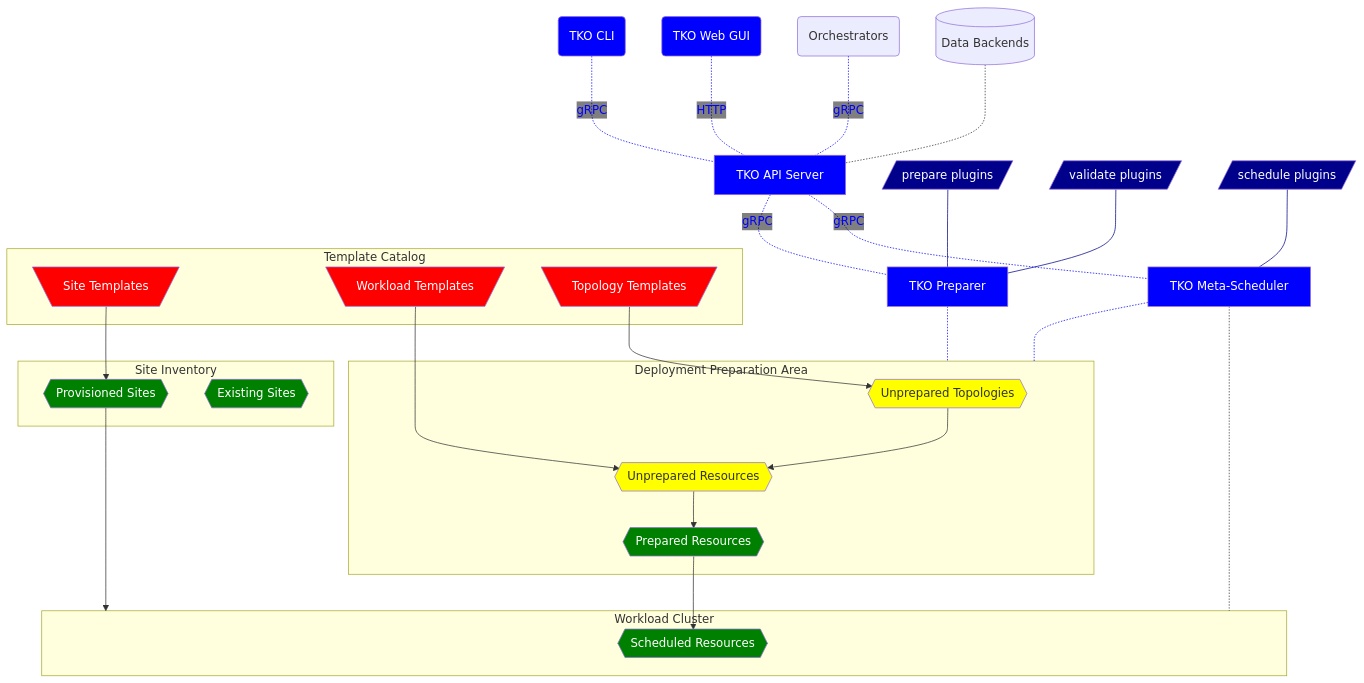
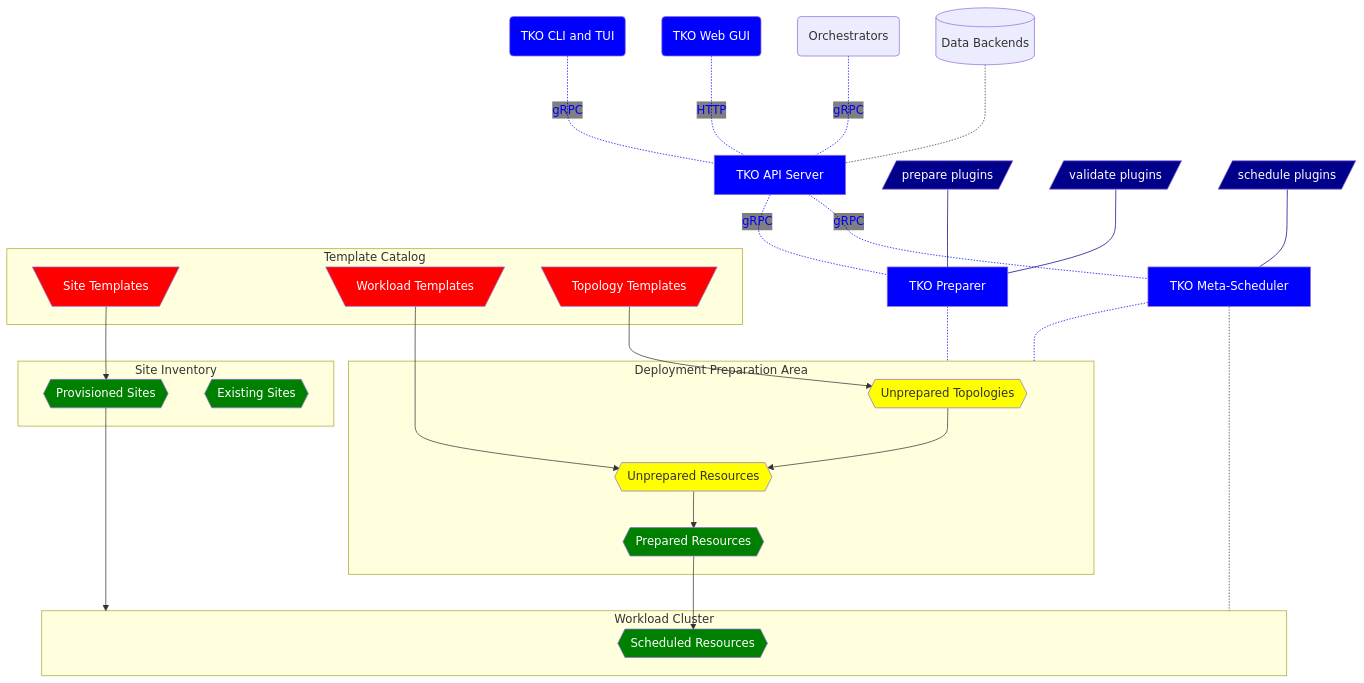
The diagram in README.md (nephio-experimental/tko), drawn with Mermaid before and after one commit. The commit also changed other lines of this file and 25 other files, not shown here.

````diff
--- a/README.md
+++ b/README.md
@@ -49,78 +80,78 @@
 ```mermaid
 %%{init: {'themeVariables': { 'edgeLabelBackground': 'transparent'}}}%%
 flowchart TD
     D[(Data Backends)]
 
-    C(TKO CLI)
+    C(TKO CLI and TUI)
     W(TKO Web GUI)
     O(Orchestrators)
 
     A[TKO API Server]
     P[TKO Preparer]
     M[TKO Meta-Scheduler]
 
     PP[/prepare plugins/]
     VP[/validate plugins/]
     SP[/schedule plugins/]
 
     C-. gRPC ..-A
     W-. HTTP ..-A
     O-. gRPC ..-A
     A-. gRPC .- P
     A-. gRPC .-M
 
     D-..-A
 
     PP---P
     VP---P
     SP---M
 
     P-.-DPA
     M-.-DPA
     M-.-WC
 
     subgraph TC [Template Catalog]
         ST[\Site Templates/]
         WT[\Workload Templates/]
         TT[\Topology Templates/]
     end
 
     subgraph SI [Site Inventory]
         PS{{Provisioned Sites}}
         ES{{Existing Sites}}
     end
 
     subgraph DPA [Deployment Preparation Area]
         UT{{Unprepared Topologies}}
         UR{{Unprepared Resources}}
         PR{{Prepared Resources}}
     end
 
     subgraph WC [Workload Cluster]
         SR{{Scheduled Resources}}
     end
 
     TT-->UT-->UR-->PR-->SR
     WT-->UR
     ST-->PS-->WC
 
     style A fill:blue,color:white
     style C fill:blue,color:white
     style W fill:blue,color:white
     style P fill:blue,color:white
     style PP fill:darkblue,color:white
     style VP fill:darkblue,color:white
     style M fill:blue,color:white
     style SP fill:darkblue,color:white
     style ST fill:red,color:white
     style TT fill:red,color:white
     style WT fill:red,color:white
     style UT fill:yellow
     style UR fill:yellow
     style PR fill:green,color:white
     style SR fill:green,color:white
     style PS fill:green,color:white
     style ES fill:green,color:white
     linkStyle 0,1,2,3,4,9,10 stroke:blue,color:blue
     linkStyle 6,7,8 stroke:darkblue,color:darkblue
 ```
````
